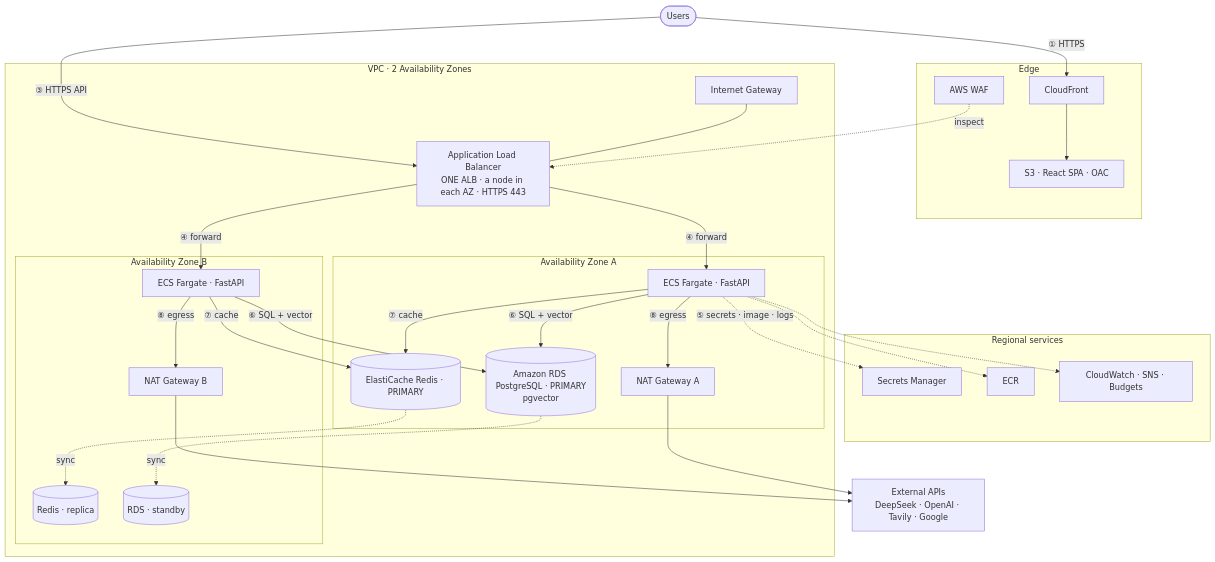
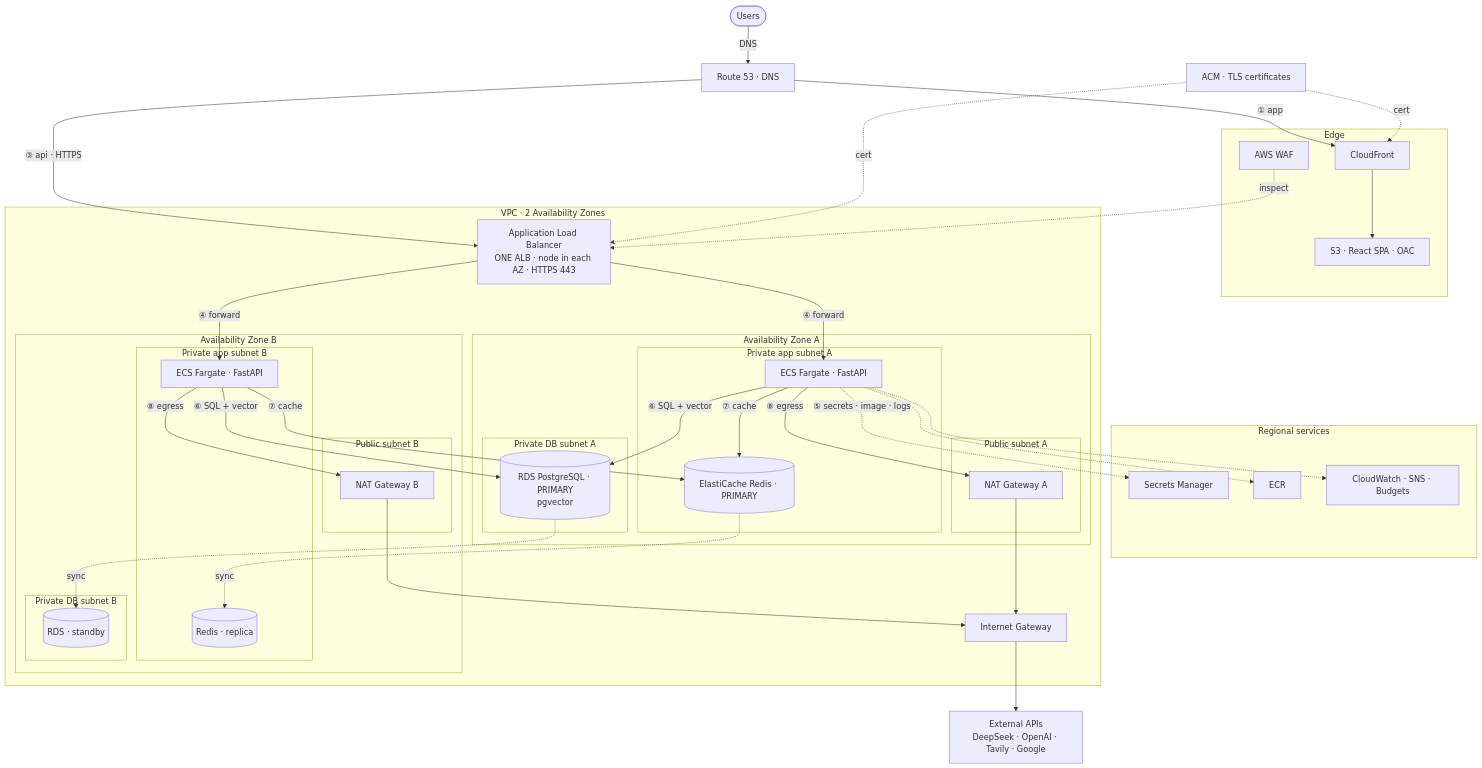
One commit to amdhd/aether changed the diagram in README.md. Above: the diagram before and after it, drawn with Mermaid.

Commit message:
docs: diagram adds Route 53, ACM, IGW and 3-tier subnets (public/app/db per AZ)

````diff
--- a/README.md
+++ b/README.md
@@ -21,57 +21,75 @@
 ```mermaid
 flowchart TB
     users([Users])
+    dns["Route 53 · DNS"]
+    acm["ACM · TLS certificates"]
     ext["External APIs<br/>DeepSeek · OpenAI · Tavily · Google"]
 
     subgraph edge["Edge"]
         cf["CloudFront"]
         s3["S3 · React SPA · OAC"]
         waf["AWS WAF"]
     end
 
     subgraph shared["Regional services"]
         sm["Secrets Manager"]
         ecr["ECR"]
         obs["CloudWatch · SNS · Budgets"]
     end
 
     subgraph vpc["VPC · 2 Availability Zones"]
         igw["Internet Gateway"]
-        alb["Application Load Balancer<br/>ONE ALB · a node in each AZ · HTTPS 443"]
+        alb["Application Load Balancer<br/>ONE ALB · node in each AZ · HTTPS 443"]
 
         subgraph aza["Availability Zone A"]
-            nata["NAT Gateway A"]
-            fga["ECS Fargate · FastAPI"]
-            rediska[("ElastiCache Redis · PRIMARY")]
-            rdsa[("Amazon RDS PostgreSQL · PRIMARY<br/>pgvector")]
+            subgraph puba["Public subnet A"]
+                nata["NAT Gateway A"]
+            end
+            subgraph appa["Private app subnet A"]
+                fga["ECS Fargate · FastAPI"]
+                rediska[("ElastiCache Redis · PRIMARY")]
+            end
+            subgraph dba["Private DB subnet A"]
+                rdsa[("RDS PostgreSQL · PRIMARY<br/>pgvector")]
+            end
         end
 
         subgraph azb["Availability Zone B"]
-            natb["NAT Gateway B"]
-            fgb["ECS Fargate · FastAPI"]
-            rediskb[("Redis · replica")]
-            rdsb[("RDS · standby")]
+            subgraph pubb["Public subnet B"]
+                natb["NAT Gateway B"]
+            end
+            subgraph appb["Private app subnet B"]
+                fgb["ECS Fargate · FastAPI"]
+                rediskb[("Redis · replica")]
+            end
+            subgraph dbb["Private DB subnet B"]
+                rdsb[("RDS · standby")]
+            end
         end
     end
 
-    users -->|"① HTTPS"| cf --> s3
-    users -->|"③ HTTPS API"| alb
+    users -->|DNS| dns
+    dns -->|"① app"| cf --> s3
+    dns -->|"③ api · HTTPS"| alb
+    acm -.->|cert| alb
+    acm -.->|cert| cf
     waf -.->|inspect| alb
-    igw --- alb
 
     alb -->|"④ forward"| fga
     alb -->|"④ forward"| fgb
-
     fga -->|"⑥ SQL + vector"| rdsa
     fgb -->|"⑥ SQL + vector"| rdsa
     fga -->|"⑦ cache"| rediska
     fgb -->|"⑦ cache"| rediska
     rdsa -. sync .-> rdsb
     rediska -. sync .-> rediskb
 
-    fga -->|"⑧ egress"| nata --> ext
-    fgb -->|"⑧ egress"| natb --> ext
+    fga -->|"⑧ egress"| nata
+    fgb -->|"⑧ egress"| natb
+    nata --> igw
+    natb --> igw
+    igw --> ext
     fga -. "⑤ secrets · image · logs" .-> sm
     fga -.-> ecr
     fga -.-> obs
 ```
````
